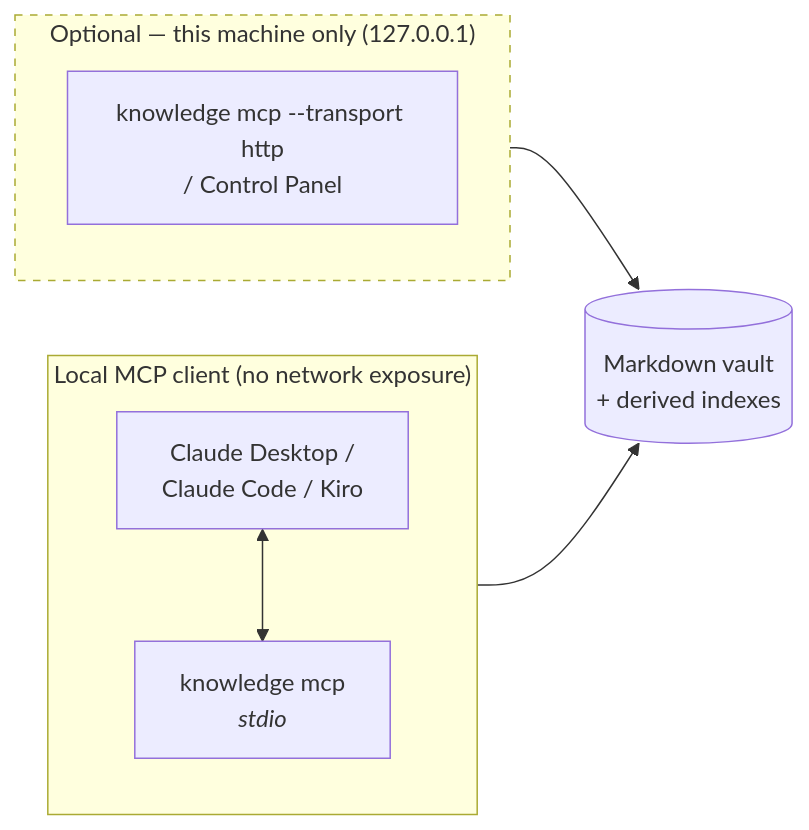
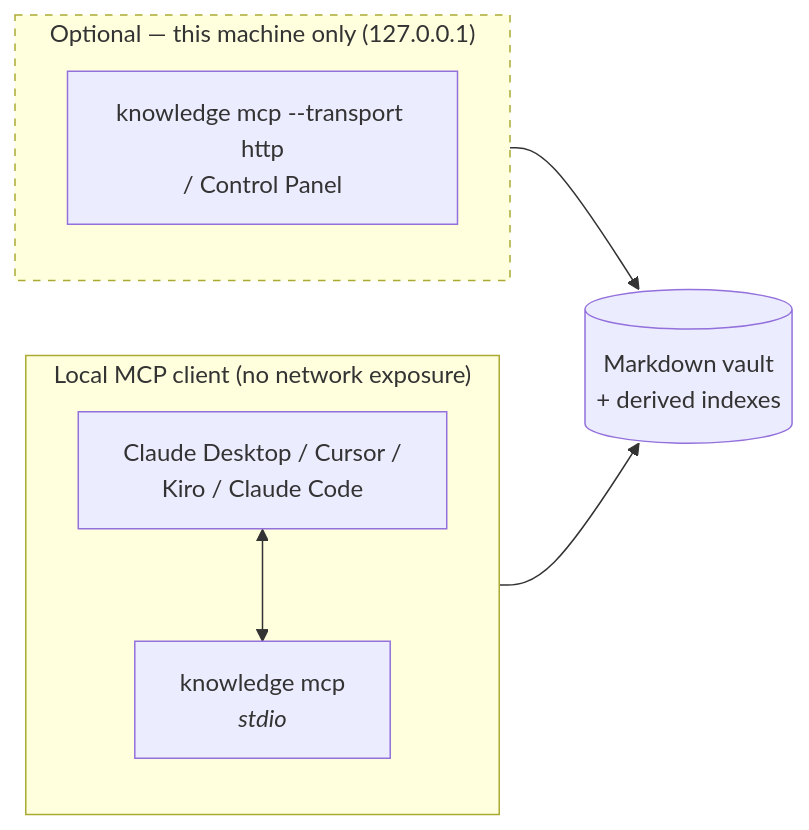
Before and after one commit to itsamitkr/obsidian: the fourth of 4 diagrams in README.md, drawn with Mermaid. The commit also changed other lines of this file and 12 other files, not shown here.

First line of the commit message:
Add 'knowledge connect' for Claude Desktop, Cursor and Kiro

````diff
--- a/README.md
+++ b/README.md
@@ -232,21 +232,21 @@
 ```mermaid
 flowchart LR
     MD[("Markdown vault<br/>+ derived indexes")]
 
     subgraph LOCAL["Local MCP client (no network exposure)"]
         direction TB
-        CC["Claude Desktop /<br/>Claude Code / Kiro"]
+        CC["Claude Desktop / Cursor /<br/>Kiro / Claude Code"]
         STDIO["knowledge mcp<br/><i>stdio</i>"]
         CC <--> STDIO
     end
 
     subgraph LOOPBACK["Optional — this machine only (127.0.0.1)"]
         direction TB
         HTTP["knowledge mcp --transport http<br/>/ Control Panel"]
     end
 
     STDIO --> MD
     HTTP --> MD
 
     style LOOPBACK stroke-dasharray: 5 5
 ```
````
